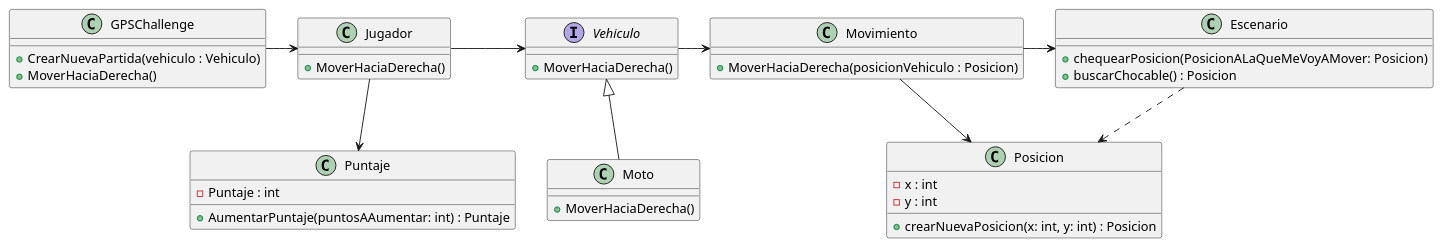
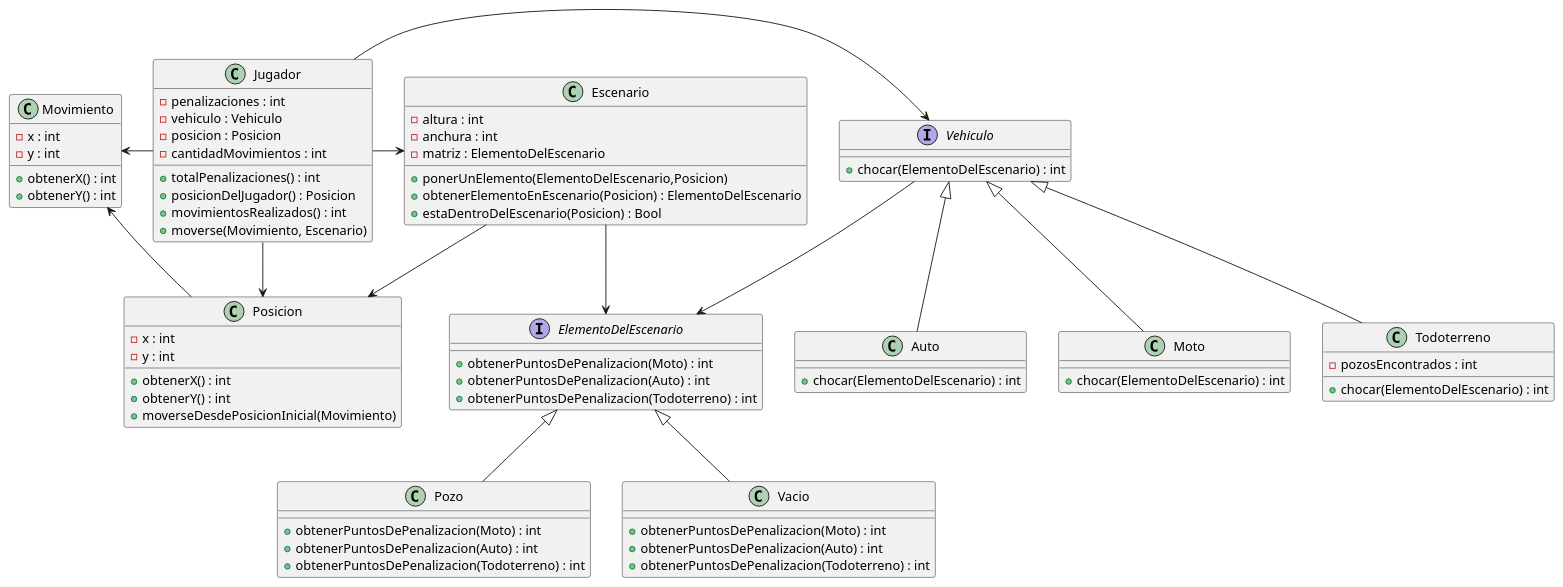
Before and after one commit to NestorPala/T17-GPSChallenge: the diagram in diagrams/classes/diagrama_clase.puml, drawn with PlantUML. The commit also changed 6 other files, not shown here.

Commit message:
fix: arreglado diagrama de clase

```diff
--- a/diagrams/classes/diagrama_clase.puml
+++ b/diagrams/classes/diagrama_clase.puml
@@ -1,48 +1,91 @@
 @startuml
-class GPSChallenge {
-    + CrearNuevaPartida(vehiculo : Vehiculo)
-    + MoverHaciaDerecha()
-}
 
 class Jugador {
-    + MoverHaciaDerecha()
-}
-
-interface Vehiculo {
-    + MoverHaciaDerecha()
-}
-
-class Moto {
-    + MoverHaciaDerecha()
+    - penalizaciones : int
+    - vehiculo : Vehiculo
+    - posicion : Posicion
+    - cantidadMovimientos : int
+    + totalPenalizaciones() : int
+    + posicionDelJugador() : Posicion
+    + movimientosRealizados() : int
+    + moverse(Movimiento, Escenario)
 }
 
 class Movimiento {
-    + MoverHaciaDerecha(posicionVehiculo : Posicion)
+    - x : int
+    - y : int
+    + obtenerX() : int
+    + obtenerY() : int
+}
+
+class Escenario {
+    - altura : int
+    - anchura : int
+    - matriz : ElementoDelEscenario
+    + ponerUnElemento(ElementoDelEscenario,Posicion)
+    + obtenerElementoEnEscenario(Posicion) : ElementoDelEscenario
+    + estaDentroDelEscenario(Posicion) : Bool
 }
 
 class Posicion {
     - x : int
     - y : int
-    + crearNuevaPosicion(x: int, y: int) : Posicion
+    + obtenerX() : int
+    + obtenerY() : int
+    + moverseDesdePosicionInicial(Movimiento)
 }
 
-class Escenario {
-    + chequearPosicion(PosicionALaQueMeVoyAMover: Posicion)
-    + buscarChocable() : Posicion
+class Pozo {
+    +  obtenerPuntosDePenalizacion(Moto) : int
+    +  obtenerPuntosDePenalizacion(Auto) : int
+    +  obtenerPuntosDePenalizacion(Todoterreno) : int
 }
 
-class Puntaje {
-    + AumentarPuntaje(puntosAAumentar: int) : Puntaje
-    - Puntaje : int
+class Vacio {
+    +  obtenerPuntosDePenalizacion(Moto) : int
+    +  obtenerPuntosDePenalizacion(Auto) : int
+    +  obtenerPuntosDePenalizacion(Todoterreno) : int
 }
 
-GPSChallenge -> Jugador
+class Auto {
+    + chocar(ElementoDelEscenario) : int
+}
+
+class Moto {
+    + chocar(ElementoDelEscenario) : int
+}
+
+class Todoterreno {
+    - pozosEncontrados : int
+    + chocar(ElementoDelEscenario) : int
+}
+
+interface Vehiculo {
+    + chocar(ElementoDelEscenario) : int
+}
+
+interface ElementoDelEscenario {
+    + obtenerPuntosDePenalizacion(Moto) : int
+    + obtenerPuntosDePenalizacion(Auto) : int
+    + obtenerPuntosDePenalizacion(Todoterreno) : int
+}
+
 Jugador -> Vehiculo
-Vehiculo -> Movimiento
-Movimiento -> Posicion
-Movimiento -> Escenario
-Jugador --> Puntaje
+Movimiento <- Jugador
+
+Vehiculo <|-- Auto
 Vehiculo <|-- Moto
-Escenario ..> Posicion
+Vehiculo <|-- Todoterreno
+
+ElementoDelEscenario <|-- Pozo
+ElementoDelEscenario <|-- Vacio
+
+Jugador --> Posicion
+Jugador -> Escenario
+
+Escenario --> ElementoDelEscenario
+Escenario -> Posicion
+Movimiento <-- Posicion
+Vehiculo --> ElementoDelEscenario
 
 @enduml
```
